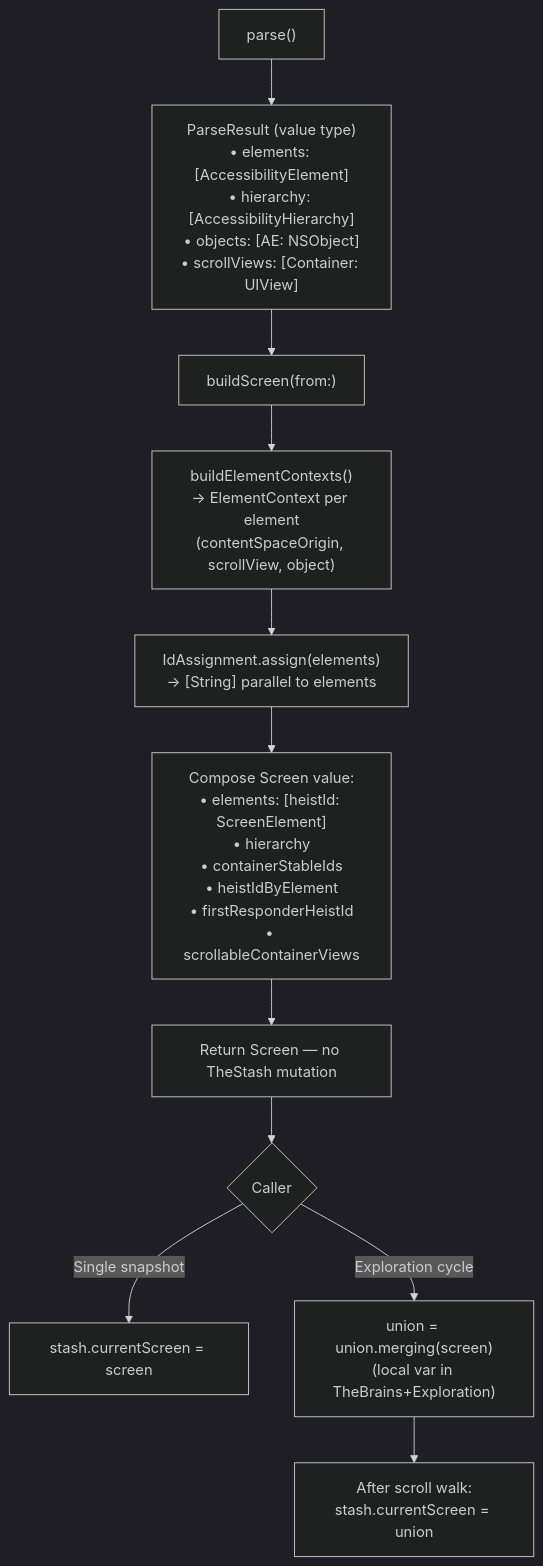
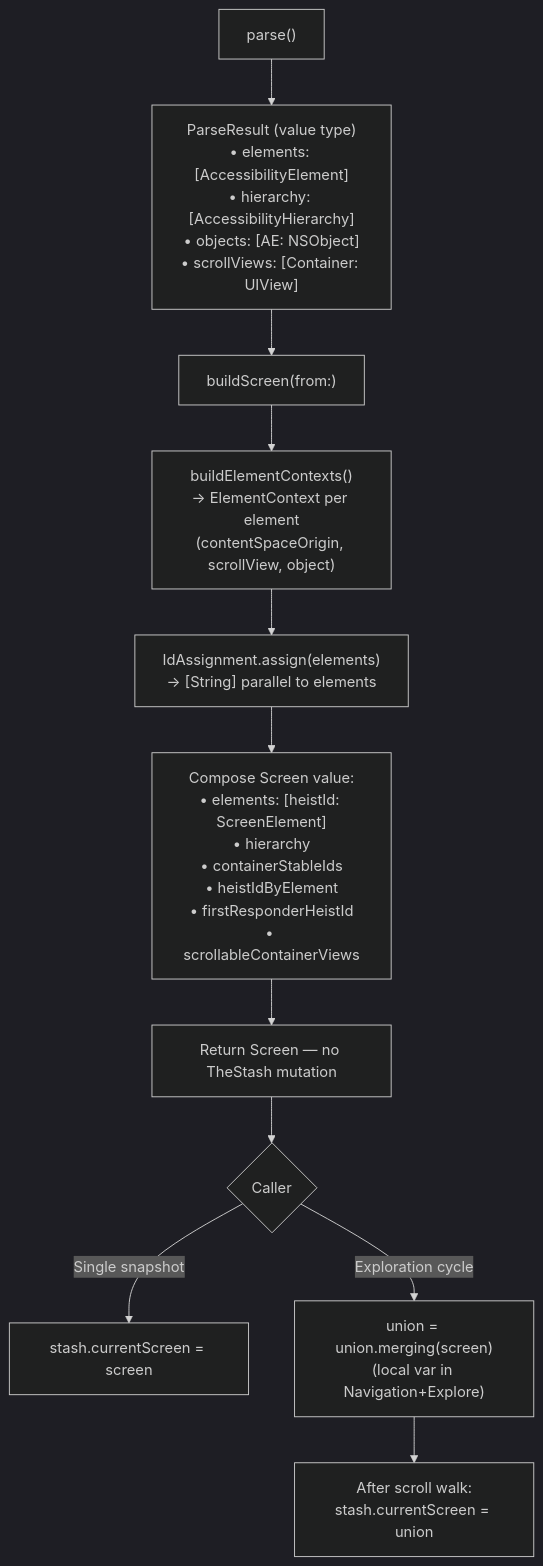
One commit to RoyalPineapple/TheButtonHeist changed the diagram in docs/dossiers/10-THEBURGLAR.md. Above: the diagram before and after it, drawn with Mermaid (dark theme). The commit also changed other lines of this file and 13 other files, not shown here.

````diff
--- a/docs/dossiers/10-THEBURGLAR.md
+++ b/docs/dossiers/10-THEBURGLAR.md
@@ -19,15 +19,15 @@
 ```mermaid
 flowchart TD
     Parse["parse()"] --> PR["ParseResult (value type)<br/>• elements: [AccessibilityElement]<br/>• hierarchy: [AccessibilityHierarchy]<br/>• objects: [AE: NSObject]<br/>• scrollViews: [Container: UIView]"]
 
     PR --> Build["buildScreen(from:)"]
     Build --> Walk["buildElementContexts()<br/>→ ElementContext per element<br/>(contentSpaceOrigin, scrollView, object)"]
     Walk --> IDs["IdAssignment.assign(elements)<br/>→ [String] parallel to elements"]
     IDs --> Compose["Compose Screen value:<br/>• elements: [heistId: ScreenElement]<br/>• hierarchy<br/>• containerStableIds<br/>• heistIdByElement<br/>• firstResponderHeistId<br/>• scrollableContainerViews"]
     Compose --> Return["Return Screen — no TheStash mutation"]
 
     Return --> Caller{Caller}
     Caller -->|Single snapshot| Commit["stash.currentScreen = screen"]
-    Caller -->|Exploration cycle| Union["union = union.merging(screen)<br/>(local var in TheBrains+Exploration)"]
+    Caller -->|Exploration cycle| Union["union = union.merging(screen)<br/>(local var in Navigation+Explore)"]
     Union --> Final["After scroll walk:<br/>stash.currentScreen = union"]
 ```
````
